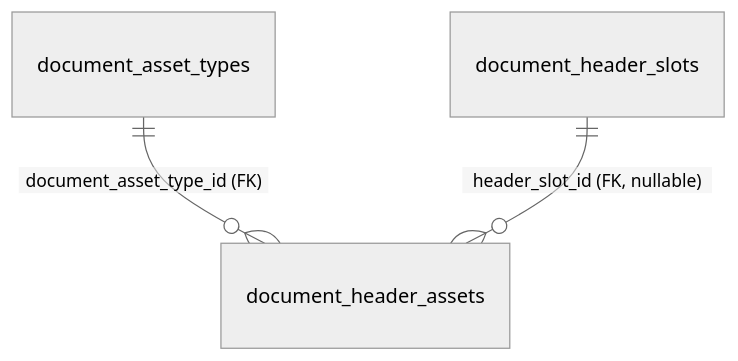
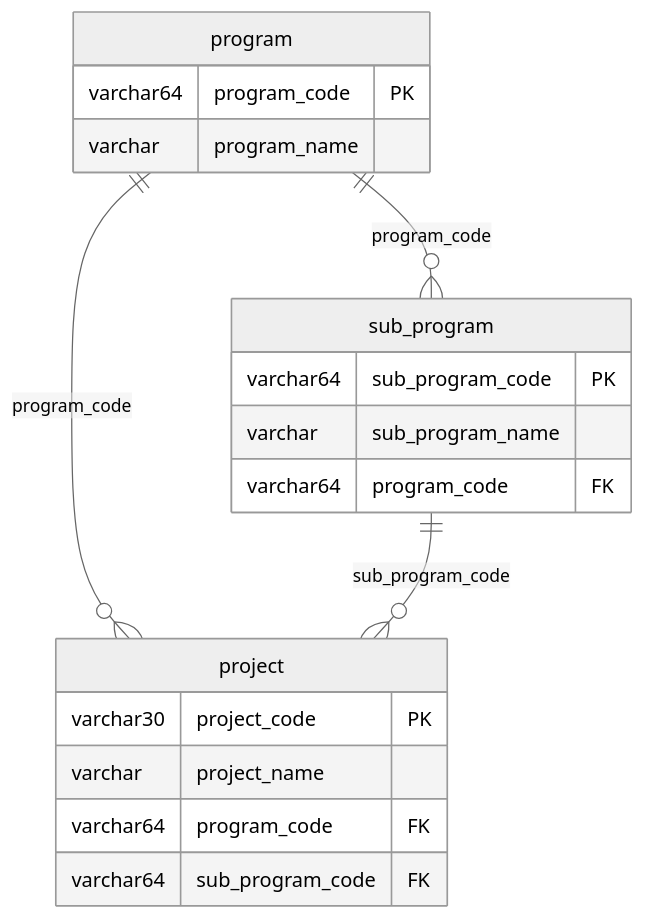
One commit to A-team-ITBS/fims-nha changed diagram 18 of 36 in system_docs/ERD/README.md. Above: the diagram before and after it, drawn with Mermaid (neutral theme). The commit also changed other lines of this file and 2 other files, not shown here.

First line of the commit message:
Add comprehensive process flow documentation for FIMS NHA system

````diff
--- a/system_docs/ERD/README.md
+++ b/system_docs/ERD/README.md
@@ -84,5 +1273,21 @@
 ```mermaid
 erDiagram
-    document_asset_types ||--o{ document_header_assets : "document_asset_type_id (FK)"
-    document_header_slots ||--o{ document_header_assets : "header_slot_id (FK, nullable)"
+    program ||--o{ sub_program : "program_code"
+    program ||--o{ project : "program_code"
+    sub_program ||--o{ project : "sub_program_code"
+    program {
+        varchar64 program_code PK
+        varchar program_name
+    }
+    sub_program {
+        varchar64 sub_program_code PK
+        varchar sub_program_name
+        varchar64 program_code FK
+    }
+    project {
+        varchar30 project_code PK
+        varchar project_name
+        varchar64 program_code FK
+        varchar64 sub_program_code FK
+    }
 ```
````
